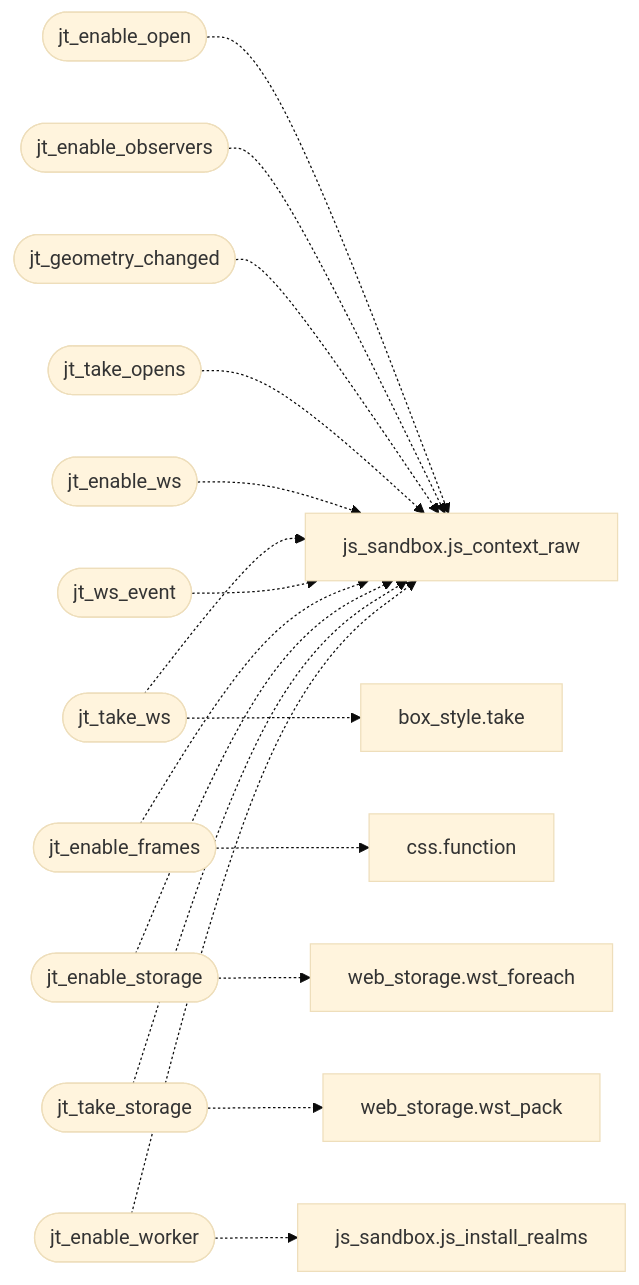
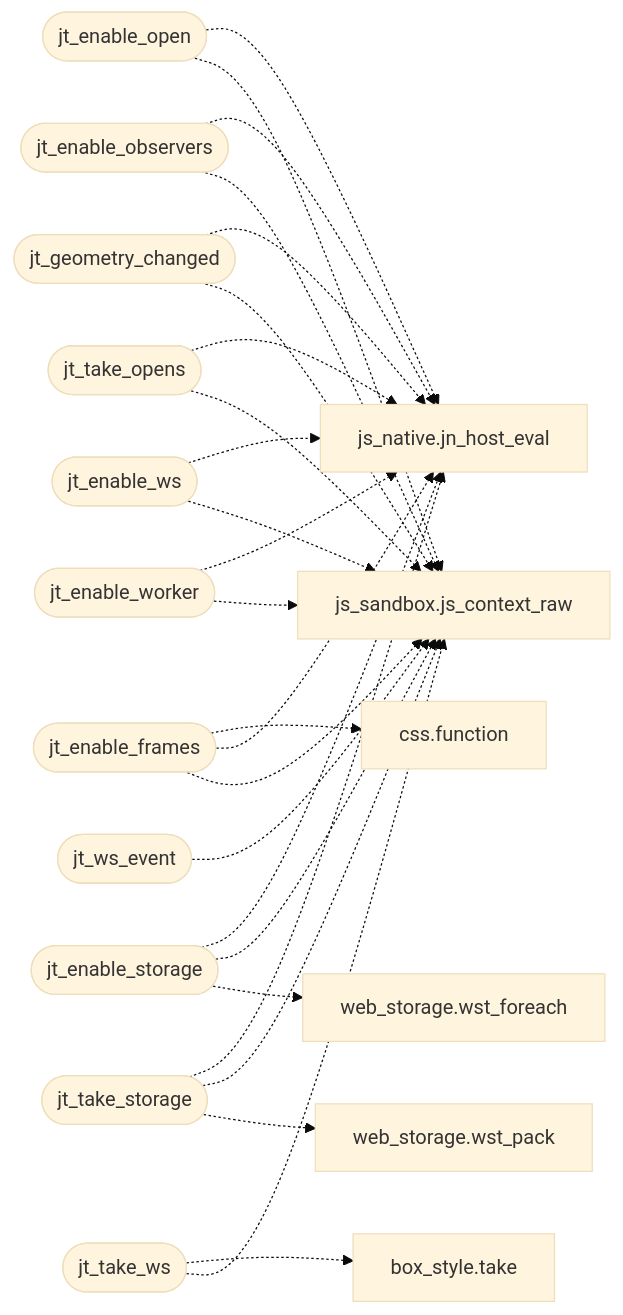
One commit to grisuno/FreeDom changed the diagram in readmenator-apidocs/modules/src.js_trusted.c.md. Above: the diagram before and after it, drawn with Mermaid (base theme). The commit also changed other lines of this file and 248 other files, not shown here.

````diff
--- a/readmenator-apidocs/modules/src.js_trusted.c.md
+++ b/readmenator-apidocs/modules/src.js_trusted.c.md
@@ -15,36 +15,44 @@
 ```mermaid
 flowchart LR
     n_src_js_trusted_c__jt_enable_open(["jt_enable_open"])
+    n_src_js_native_c__jn_host_eval["js_native.jn_host_eval"]
     n_src_js_sandbox_c__js_context_raw["js_sandbox.js_context_raw"]
     n_src_js_trusted_c__jt_enable_observers(["jt_enable_observers"])
     n_src_js_trusted_c__jt_geometry_changed(["jt_geometry_changed"])
     n_src_js_trusted_c__jt_take_opens(["jt_take_opens"])
     n_src_js_trusted_c__jt_enable_ws(["jt_enable_ws"])
     n_src_js_trusted_c__jt_take_ws(["jt_take_ws"])
     n_src_box_style_c__take["box_style.take"]
     n_src_js_trusted_c__jt_ws_event(["jt_ws_event"])
     n_src_js_trusted_c__jt_enable_frames(["jt_enable_frames"])
     n_src_css_c__function["css.function"]
     n_src_js_trusted_c__jt_enable_storage(["jt_enable_storage"])
     n_src_web_storage_c__wst_foreach["web_storage.wst_foreach"]
     n_src_js_trusted_c__jt_take_storage(["jt_take_storage"])
     n_src_web_storage_c__wst_pack["web_storage.wst_pack"]
     n_src_js_trusted_c__jt_enable_worker(["jt_enable_worker"])
-    n_src_js_sandbox_c__js_install_realms["js_sandbox.js_install_realms"]
+    n_src_js_trusted_c__jt_enable_open -.-> n_src_js_native_c__jn_host_eval
     n_src_js_trusted_c__jt_enable_open -.-> n_src_js_sandbox_c__js_context_raw
+    n_src_js_trusted_c__jt_enable_observers -.-> n_src_js_native_c__jn_host_eval
     n_src_js_trusted_c__jt_enable_observers -.-> n_src_js_sandbox_c__js_context_raw
+    n_src_js_trusted_c__jt_geometry_changed -.-> n_src_js_native_c__jn_host_eval
     n_src_js_trusted_c__jt_geometry_changed -.-> n_src_js_sandbox_c__js_context_raw
+    n_src_js_trusted_c__jt_take_opens -.-> n_src_js_native_c__jn_host_eval
     n_src_js_trusted_c__jt_take_opens -.-> n_src_js_sandbox_c__js_context_raw
+    n_src_js_trusted_c__jt_enable_ws -.-> n_src_js_native_c__jn_host_eval
     n_src_js_trusted_c__jt_enable_ws -.-> n_src_js_sandbox_c__js_context_raw
     n_src_js_trusted_c__jt_take_ws -.-> n_src_box_style_c__take
     n_src_js_trusted_c__jt_take_ws -.-> n_src_js_sandbox_c__js_context_raw
     n_src_js_trusted_c__jt_ws_event -.-> n_src_js_sandbox_c__js_context_raw
     n_src_js_trusted_c__jt_enable_frames -.-> n_src_css_c__function
+    n_src_js_trusted_c__jt_enable_frames -.-> n_src_js_native_c__jn_host_eval
     n_src_js_trusted_c__jt_enable_frames -.-> n_src_js_sandbox_c__js_context_raw
+    n_src_js_trusted_c__jt_enable_storage -.-> n_src_js_native_c__jn_host_eval
     n_src_js_trusted_c__jt_enable_storage -.-> n_src_js_sandbox_c__js_context_raw
     n_src_js_trusted_c__jt_enable_storage -.-> n_src_web_storage_c__wst_foreach
+    n_src_js_trusted_c__jt_take_storage -.-> n_src_js_native_c__jn_host_eval
     n_src_js_trusted_c__jt_take_storage -.-> n_src_js_sandbox_c__js_context_raw
     n_src_js_trusted_c__jt_take_storage -.-> n_src_web_storage_c__wst_pack
+    n_src_js_trusted_c__jt_enable_worker -.-> n_src_js_native_c__jn_host_eval
     n_src_js_trusted_c__jt_enable_worker -.-> n_src_js_sandbox_c__js_context_raw
-    n_src_js_trusted_c__jt_enable_worker -.-> n_src_js_sandbox_c__js_install_realms
 ```
````
